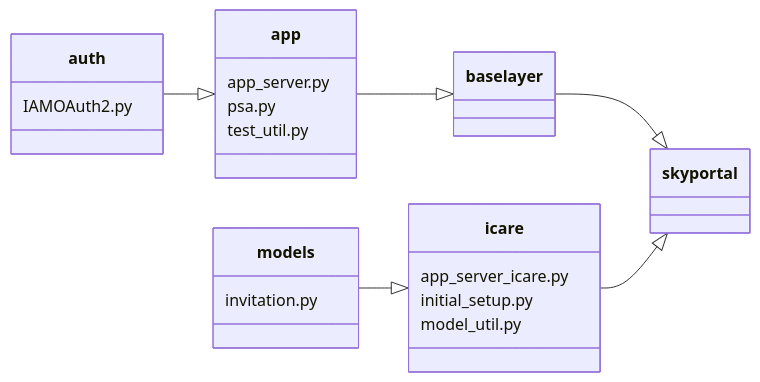
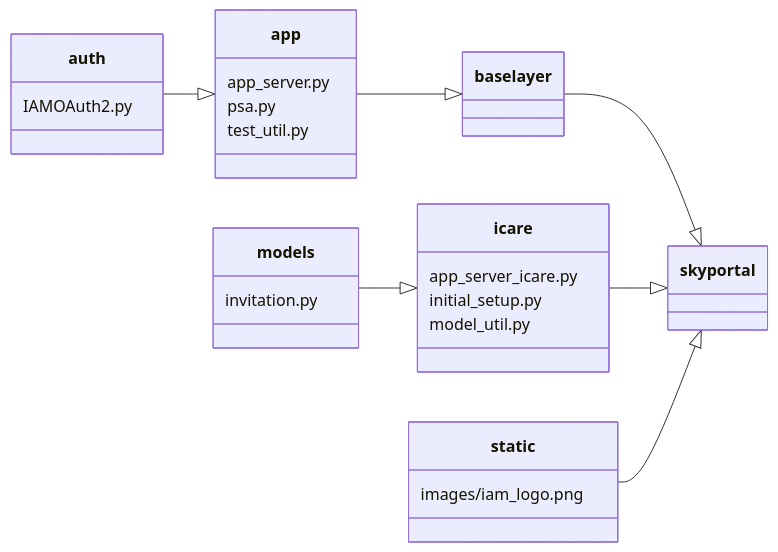
One commit to grandma-collaboration/icare changed the third of 6 diagrams in docs/dev_guide/architecture.md. Above: the diagram before and after it, drawn with Mermaid. The commit also changed other lines of this file and 2 other files, not shown here.

Commit message:
Show the IAM logo on the sign-in button

````diff
--- a/docs/dev_guide/architecture.md
+++ b/docs/dev_guide/architecture.md
@@ -66,20 +67,23 @@
 ``` mermaid
 classDiagram
     direction LR
     app --|> baselayer
     app : app_server.py
     app : psa.py
     app : test_util.py
     auth --|> app
     auth : IAMOAuth2.py
 
     baselayer --|> skyportal
 
     icare --|> skyportal
     icare : app_server_icare.py
     icare : initial_setup.py
     icare : model_util.py
 
     models --|> icare
     models : invitation.py
+
+    static --|> skyportal
+    static : images/iam_logo.png
 ```
````
